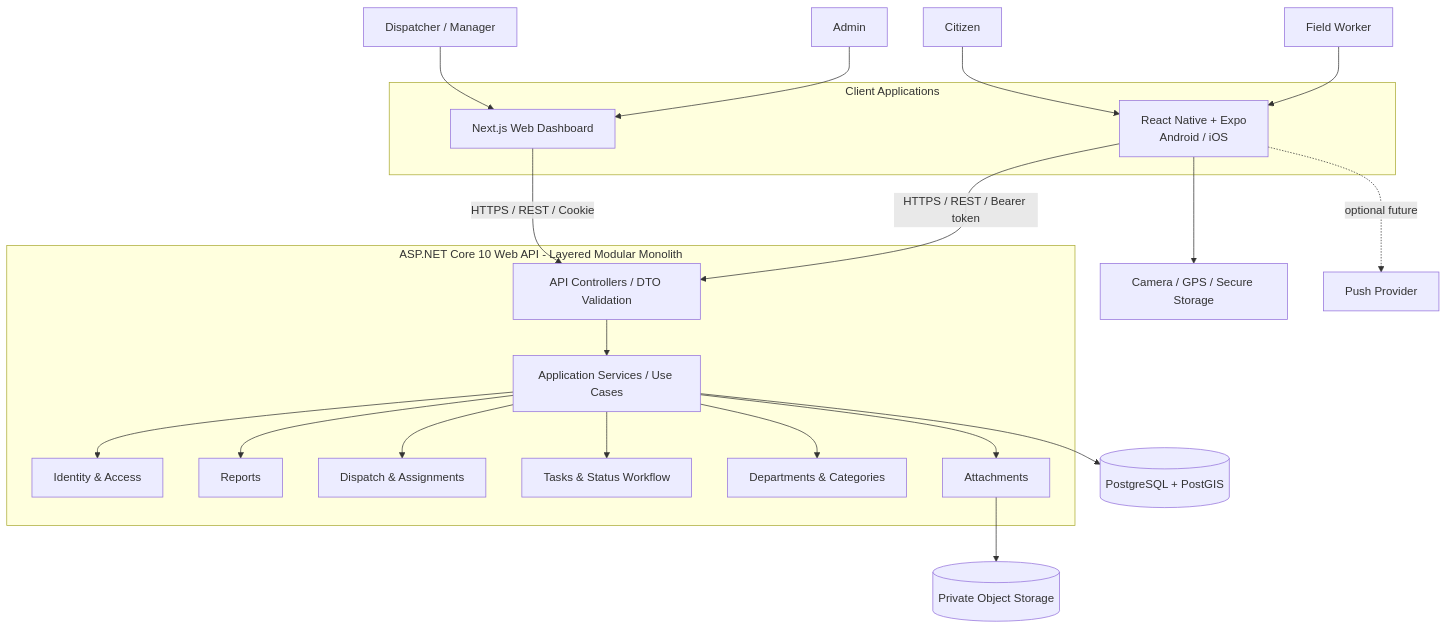
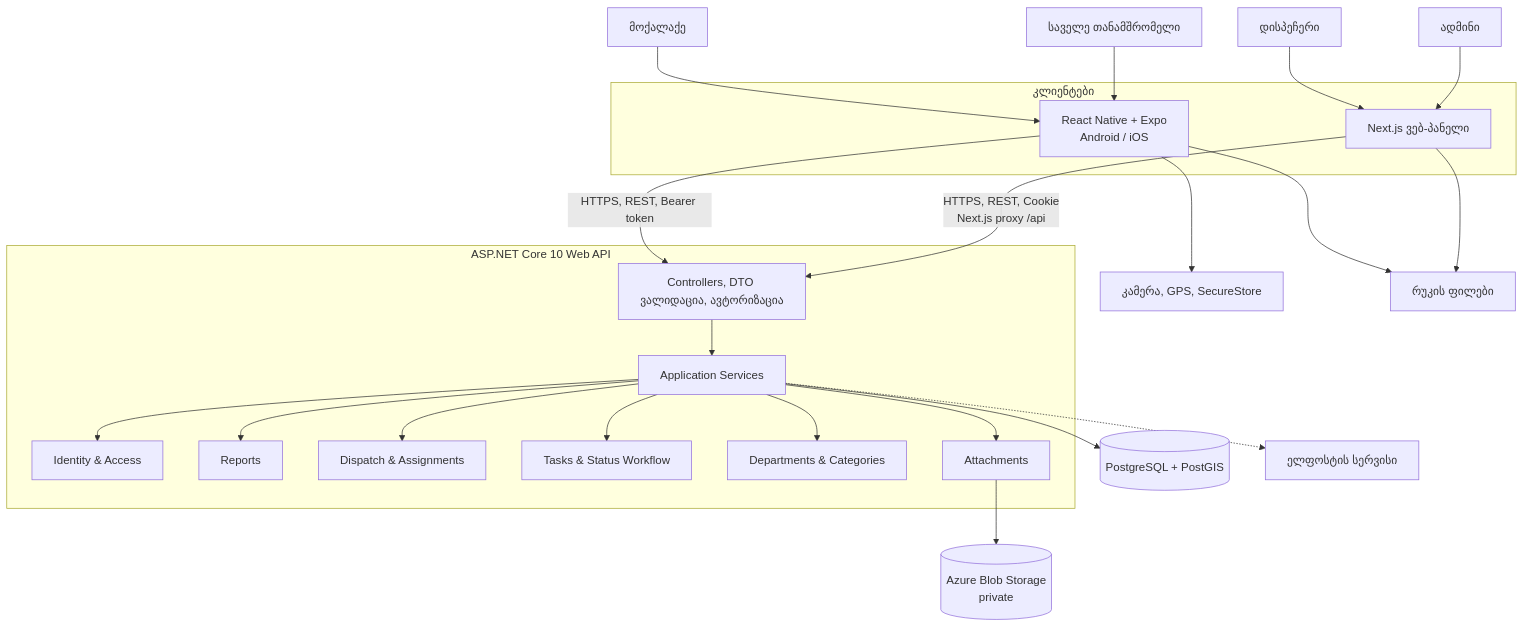
One commit to gigigiorgadze10/fixit changed the first of 3 diagrams in ARCHITECTURE.md. Above: the diagram before and after it, drawn with Mermaid. The commit also changed other lines of this file and 40 other files, not shown here.

Commit message:
Consolidate docs into README, BACKLOG and ARCHITECTURE; switch process to Scrum; fix backlog logic

````diff
--- a/ARCHITECTURE.md
+++ b/ARCHITECTURE.md
@@ -28,38 +38,35 @@
 ```mermaid
 flowchart TB
-    CIT[Citizen] --> MOB
-    WRK[Field Worker] --> MOB
-    DSP[Dispatcher / Manager] --> WEB
-    ADM[Admin] --> WEB
+    CIT[მოქალაქე] --> MOB
+    WRK[საველე თანამშრომელი] --> MOB
+    DSP[დისპეჩერი] --> WEB
+    ADM[ადმინი] --> WEB
 
-    subgraph CLIENTS[Client Applications]
+    subgraph CLIENTS[კლიენტები]
       MOB[React Native + Expo<br/>Android / iOS]
-      WEB[Next.js Web Dashboard]
+      WEB[Next.js ვებ-პანელი]
     end
 
-    MOB -->|HTTPS / REST / Bearer token| API
-    WEB -->|HTTPS / REST / Cookie| API
+    MOB -->|HTTPS, REST, Bearer token| API
+    WEB -->|HTTPS, REST, Cookie<br/>Next.js proxy /api| API
 
-    subgraph BACKEND[ASP.NET Core 10 Web API - Layered Modular Monolith]
-      API[API Controllers / DTO Validation]
-      APP[Application Services / Use Cases]
+    subgraph BACKEND[ASP.NET Core 10 Web API]
+      API[Controllers, DTO ვალიდაცია, ავტორიზაცია]
+      APP[Application Services]
       ID[Identity & Access]
       REP[Reports]
-      DSPM[Dispatch & Assignments]
+      DIS[Dispatch & Assignments]
       WF[Tasks & Status Workflow]
       CAT[Departments & Categories]
       ATT[Attachments]
       API --> APP
-      APP --> ID
-      APP --> REP
-      APP --> DSPM
-      APP --> WF
-      APP --> CAT
-      APP --> ATT
+      APP --> ID & REP & DIS & WF & CAT & ATT
     end
 
     APP --> DB[(PostgreSQL + PostGIS)]
-    ATT --> OBJ[(Private Object Storage)]
-    MOB --> DEVICE[Camera / GPS / Secure Storage]
-    MOB -. optional future .-> PUSH[Push Provider]
+    ATT --> BLOB[(Azure Blob Storage<br/>private)]
+    APP -.-> MAIL[ელფოსტის სერვისი]
+    MOB --> DEV[კამერა, GPS, SecureStore]
+    MOB --> MAP[რუკის ფილები]
+    WEB --> MAP
 ```
````
